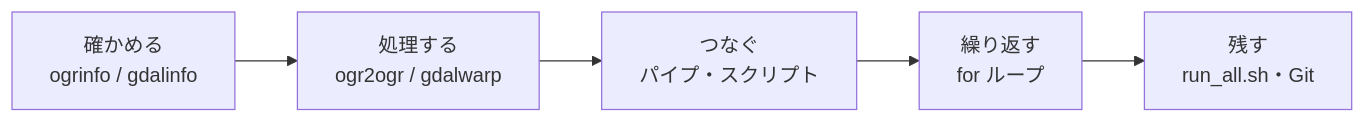
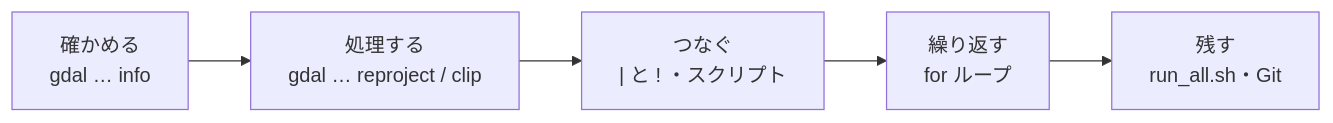
The diagram in docs/day2/09-summary.md (Toridai-GIS-Lab/Advanced-Course-in-Earth-Sciences-IIa), drawn with Mermaid before and after one commit. The commit also changed 20 other files, not shown here.

````diff
--- a/docs/day2/09-summary.md
+++ b/docs/day2/09-summary.md
@@ -15,4 +15,4 @@
 ```mermaid
 flowchart LR
-  A["確かめる<br>ogrinfo / gdalinfo"] --> B["処理する<br>ogr2ogr / gdalwarp"] --> C["つなぐ<br>パイプ・スクリプト"] --> D["繰り返す<br>for ループ"] --> E["残す<br>run_all.sh・Git"]
+  A["確かめる<br>gdal … info"] --> B["処理する<br>gdal … reproject / clip"] --> C["つなぐ<br>| と ! ・スクリプト"] --> D["繰り返す<br>for ループ"] --> E["残す<br>run_all.sh・Git"]
 ```
````
